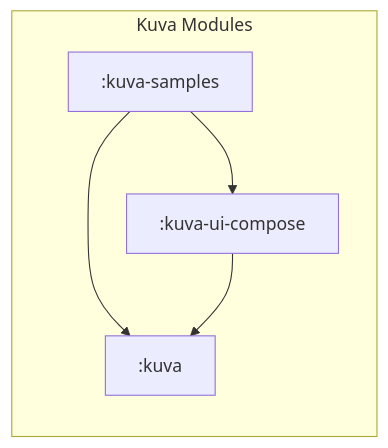
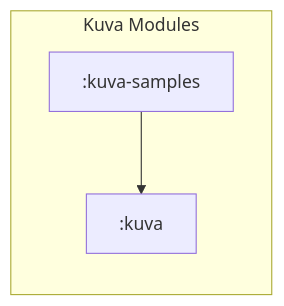
Before and after one commit to nathanmkaya/Kuva: the second of 10 diagrams in ARCHITECTURE.md, drawn with Mermaid. The commit also changed other lines of this file and 10 other files, not shown here.

````diff
--- a/ARCHITECTURE.md
+++ b/ARCHITECTURE.md
@@ -50,11 +50,8 @@
 ```mermaid
 graph LR
   subgraph Kuva Modules
     kuva[:kuva]
-    ui[:kuva-ui-compose]
     samples[:kuva-samples]
   end
   samples --> kuva
-  samples --> ui
-  ui --> kuva
 ```
````
